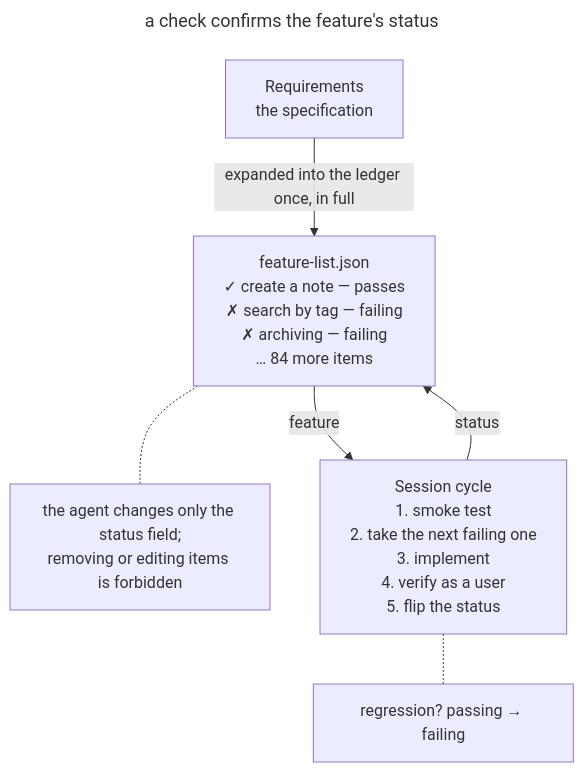
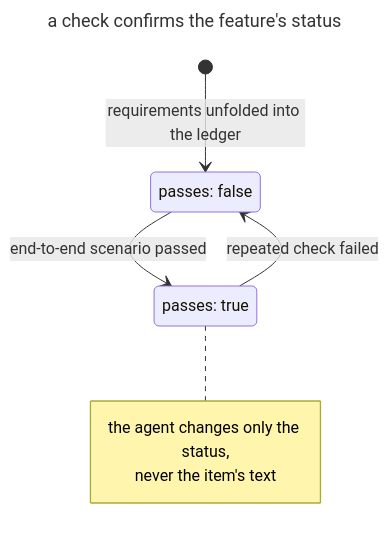
Before and after one commit to mokevnin/agentic-coding-design-patterns: the diagram in book/en/feature-list-harness.md, drawn with Mermaid. The commit also changed other lines of this file and 11 other files, not shown here.

First line of the commit message:
docs: add state and git diagrams to four chapters

````diff
--- a/book/en/feature-list-harness.md
+++ b/book/en/feature-list-harness.md
@@ -44,16 +44,18 @@
 ```mermaid
 ---
 title: a check confirms the feature's status
 ---
-flowchart TB
-  req["Requirements<br/>the specification"]:::accent
-  ledger["feature-list.json<br/>✓ create a note — passes<br/>✗ search by tag — failing<br/>✗ archiving — failing<br/>… 84 more items"]
-  rules["the agent changes only the status field;<br/>removing or editing items is forbidden"]:::warn
-  cycle["Session cycle<br/>1. smoke test<br/>2. take the next failing one<br/>3. implement<br/>4. verify as a user<br/>5. flip the status"]
-  regression["regression? passing → failing"]:::warn
-  req -- "expanded into the ledger once, in full" --> ledger
-  ledger -- "feature" --> cycle
-  cycle -- "status" --> ledger
-  ledger -.- rules
-  cycle -.- regression
+stateDiagram-v2
+  direction TB
+  state "passes: false" as failing
+  state "passes: true" as passing
+  class failing warn
+  class passing accent
+  [*] --> failing: requirements unfolded into the ledger
+  failing --> passing: end-to-end scenario passed
+  passing --> failing: repeated check failed
+  note right of passing
+    the agent changes only the status,
+    never the item's text
+  end note
 ```
````
